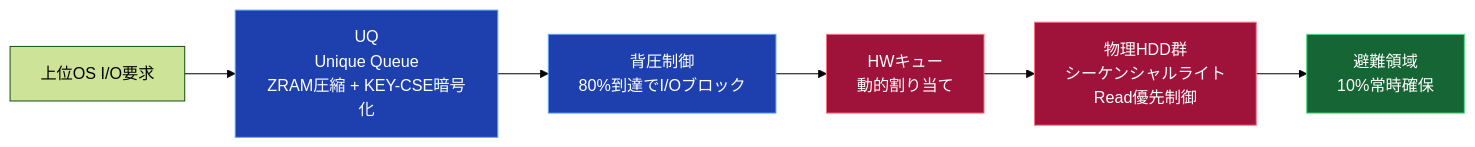
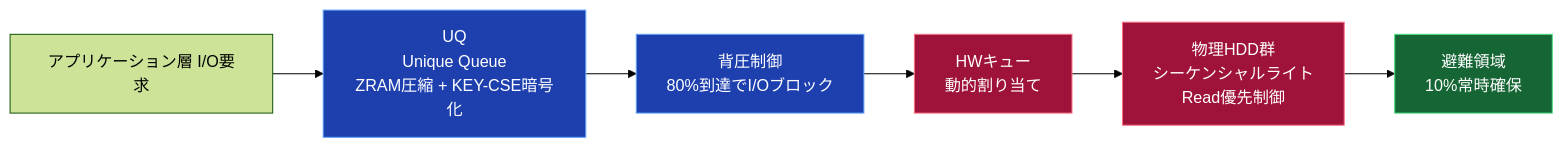
Before and after one commit to elementary-particles-Man/TUFF-OS-ISO: the second of 5 diagrams in マニュアル/TUFF-OS 詳細説明書（技術的説明書）.md, drawn with Mermaid (forest theme). The commit also changed other lines of this file and 41 other files, not shown here.

Commit message:
DOCS: Comprehensive overhaul of manuals to reflect Pure Rust Bare-metal Sovereign Core and ZRAM architecture.

````diff
--- a/マニュアル/TUFF-OS 詳細説明書（技術的説明書）.md
+++ b/マニュアル/TUFF-OS 詳細説明書（技術的説明書）.md
@@ -42,16 +50,16 @@
 ```mermaid
 flowchart LR
-    A[上位OS I/O要求] --> B[UQ\nUnique Queue\nZRAM圧縮 + KEY-CSE暗号化]
+    A[アプリケーション層 I/O要求] --> B[UQ\nUnique Queue\nZRAM圧縮 + KEY-CSE暗号化]
     B --> C[背圧制御\n80%到達でI/Oブロック]
     C --> D[HWキュー\n動的割り当て]
     D --> E[物理HDD群\nシーケンシャルライト\nRead優先制御]
     E --> F[避難領域\n10%常時確保]
 
     classDef queue fill:#1e40af,color:#fff,stroke:#60a5fa
     classDef crypto fill:#166534,color:#fff,stroke:#4ade80
     classDef hw fill:#9f1239,color:#fff,stroke:#fb7185
 
     class B,C queue
     class D,E hw
     class F crypto
 ```
````
